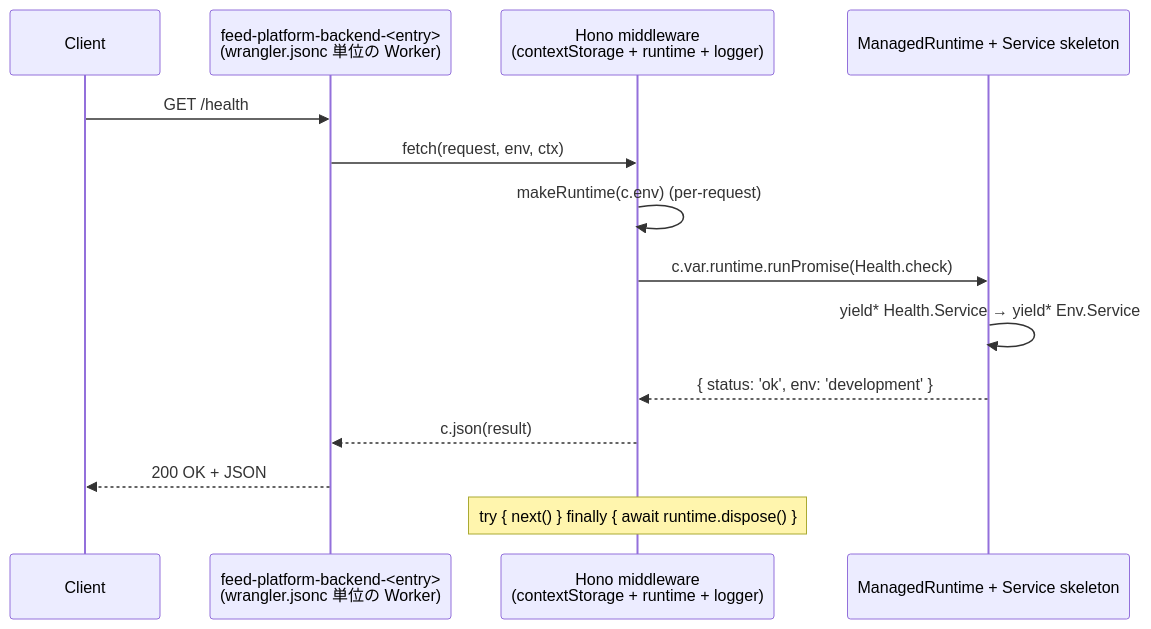
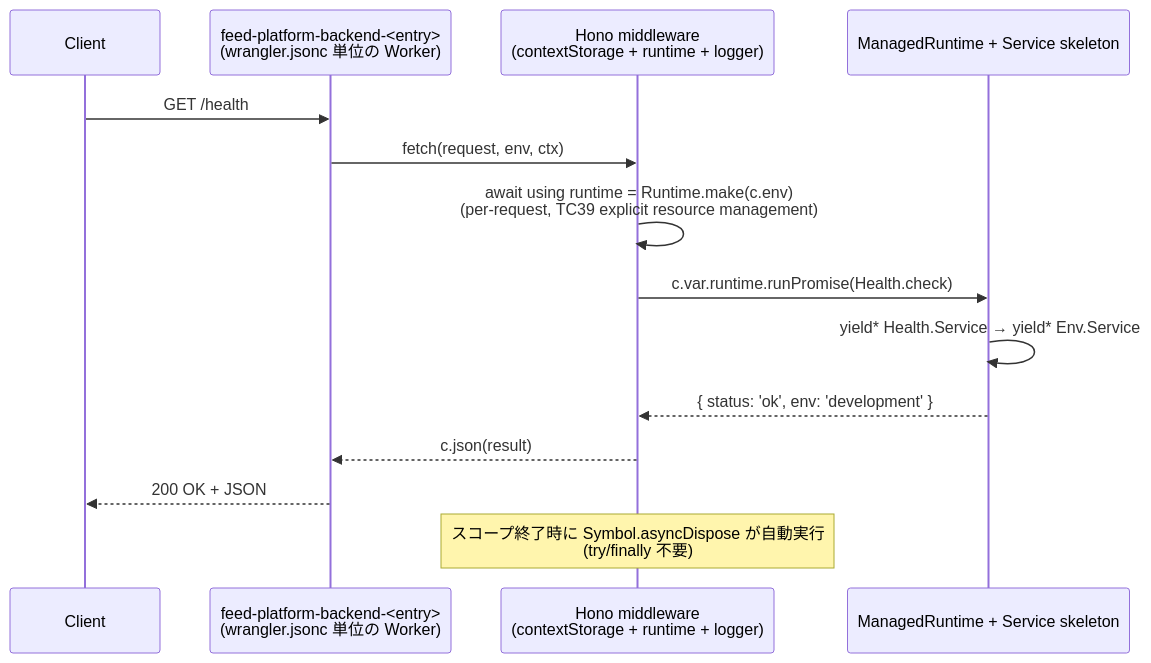
One commit to totto2727-org/monorepo changed the second of 3 diagrams in docs/workflow/feed-platform-ms-01-workspace-foundation/design.md. Above: the diagram before and after it, drawn with Mermaid. The commit also changed other lines of this file, not shown here.

First line of the commit message:
docs(dev-workflow/feed-platform-ms-01-workspace-foundation): refine Step 3 design (Logger via Env Service + await using runtime dispose)

````diff
--- a/docs/workflow/feed-platform-ms-01-workspace-foundation/design.md
+++ b/docs/workflow/feed-platform-ms-01-workspace-foundation/design.md
@@ -278,17 +329,17 @@
 ```mermaid
 sequenceDiagram
   participant Client
   participant Worker as feed-platform-backend-<entry><br/>(wrangler.jsonc 単位の Worker)
   participant MW as Hono middleware<br/>(contextStorage + runtime + logger)
   participant Effect as ManagedRuntime + Service skeleton
 
   Client->>Worker: GET /health
   Worker->>MW: fetch(request, env, ctx)
-  MW->>MW: makeRuntime(c.env) (per-request)
+  MW->>MW: await using runtime = Runtime.make(c.env)<br/>(per-request, TC39 explicit resource management)
   MW->>Effect: c.var.runtime.runPromise(Health.check)
   Effect->>Effect: yield* Health.Service → yield* Env.Service
   Effect-->>MW: { status: 'ok', env: 'development' }
   MW-->>Worker: c.json(result)
   Worker-->>Client: 200 OK + JSON
-  Note over MW: try { next() } finally { await runtime.dispose() }
+  Note over MW: スコープ終了時に Symbol.asyncDispose が自動実行<br/>(try/finally 不要)
 ```
````
